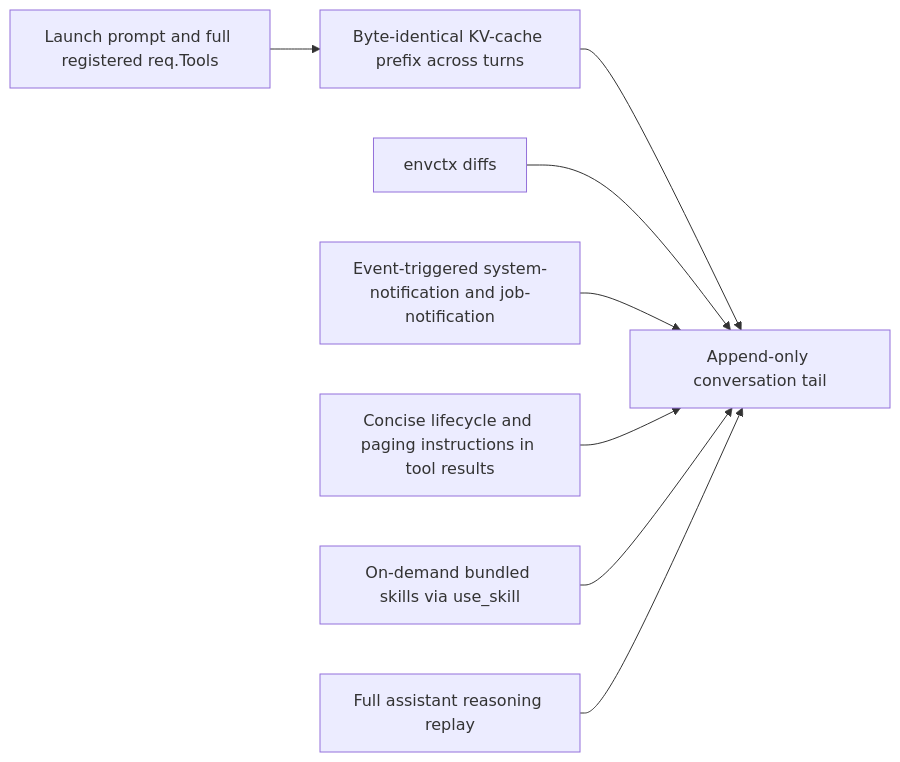
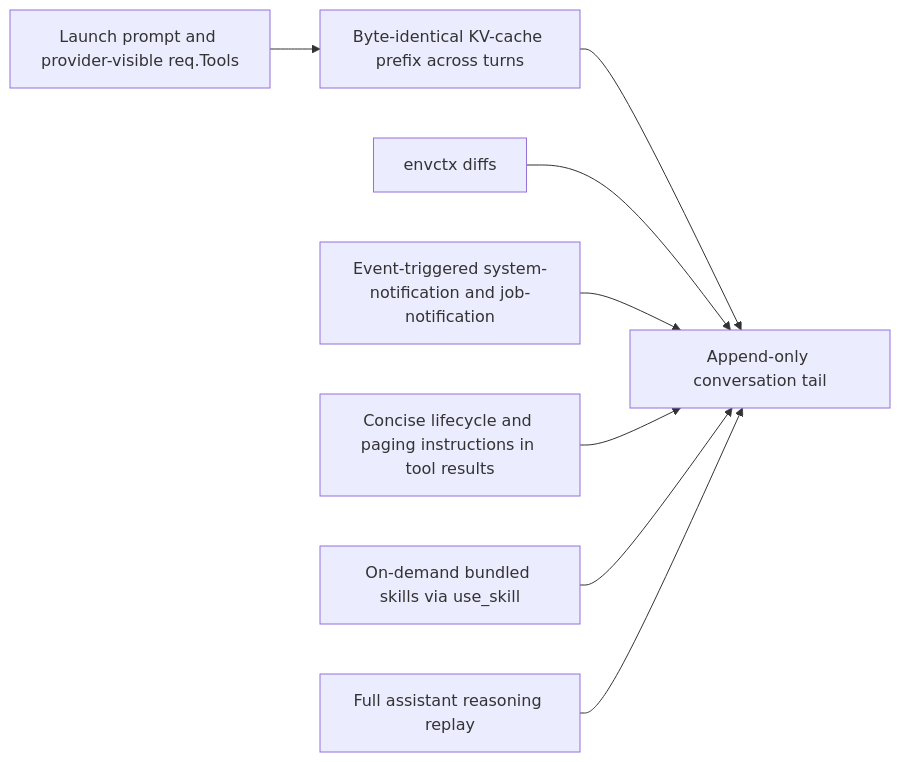
One commit to prime-radiant-inc/evener changed the diagram in docs/developing-evener/system-prompting.md. Above: the diagram before and after it, drawn with Mermaid. The commit also changed other lines of this file, not shown here.

First line of the commit message:
docs(developing-evener): clarify provider-visible req.Tools selection in system-prompting guide

````diff
--- a/docs/developing-evener/system-prompting.md
+++ b/docs/developing-evener/system-prompting.md
@@ -9,10 +9,10 @@
 ```mermaid
 flowchart LR
-  Launch[Launch prompt and full registered req.Tools] --> Cache[Byte-identical KV-cache prefix across turns]
+  Launch[Launch prompt and provider-visible req.Tools] --> Cache[Byte-identical KV-cache prefix across turns]
   Cache --> Tail[Append-only conversation tail]
   Env[envctx diffs] --> Tail
   Notif[Event-triggered system-notification and job-notification] --> Tail
   Results[Concise lifecycle and paging instructions in tool results] --> Tail
   Skills[On-demand bundled skills via use_skill] --> Tail
   Replay[Full assistant reasoning replay] --> Tail
 ```
````
